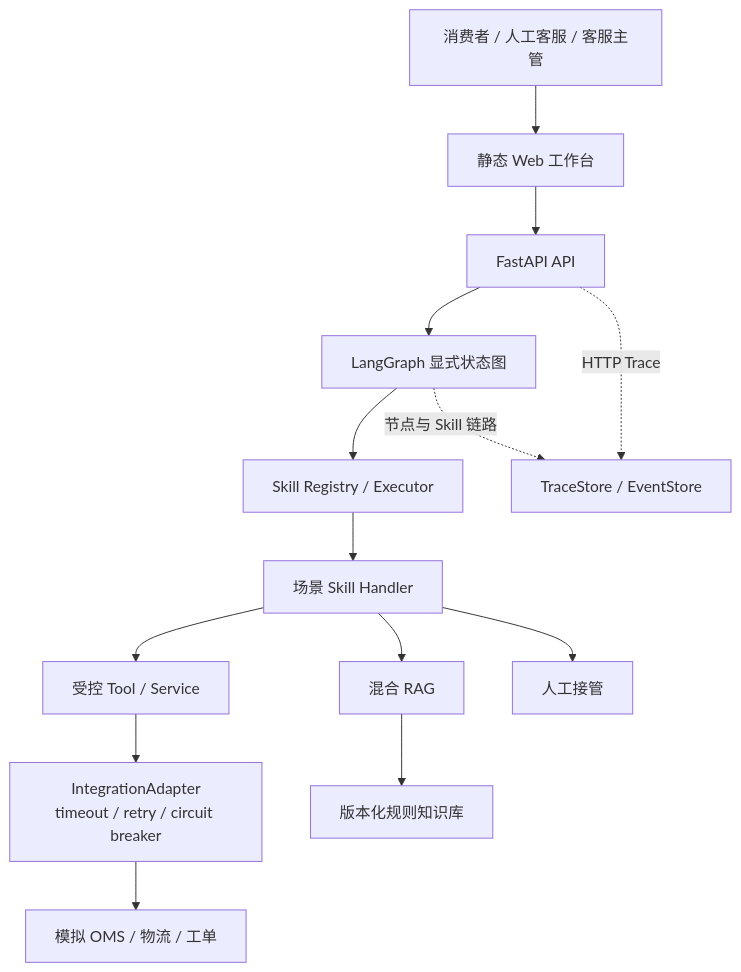
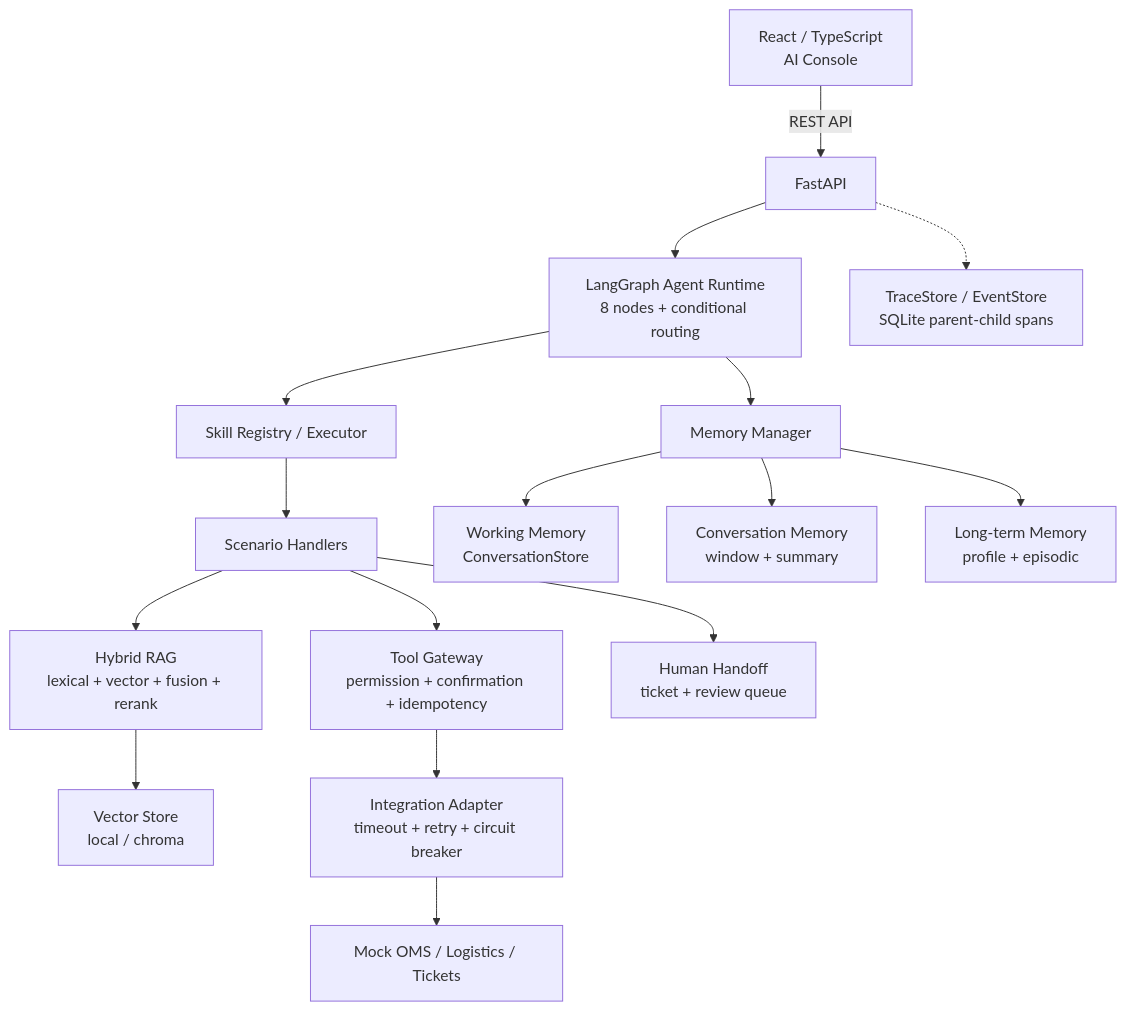
Before and after one commit to jonji886/ai-support-delivery: the diagram in README.md, drawn with Mermaid. The commit also changed other lines of this file and 55 other files, not shown here.

First line of the commit message:
Add multi-layer memory system, MCP server, vector store, React frontend and LLM provider

````diff
--- a/README.md
+++ b/README.md
@@ -81,16 +56,18 @@
 ```mermaid
 flowchart TB
-    U[消费者 / 人工客服 / 客服主管] --> W[静态 Web 工作台]
-    W --> API[FastAPI API]
-    API --> G[LangGraph 显式状态图]
-    G --> R[Skill Registry / Executor]
-    R --> E[场景 Skill Handler]
-    E --> T[受控 Tool / Service]
-    E --> K[混合 RAG]
-    E --> H[人工接管]
-    T --> IA[IntegrationAdapter<br/>timeout / retry / circuit breaker]
-    IA --> D[模拟 OMS / 物流 / 工单]
-    K --> P[版本化规则知识库]
-    API -. HTTP Trace .-> O[TraceStore / EventStore]
-    G -. 节点与 Skill 链路 .-> O
+    U[React / TypeScript<br/>AI Console] -->|REST API| API[FastAPI]
+    API --> G[LangGraph Agent Runtime<br/>8 nodes + conditional routing]
+    G --> S[Skill Registry / Executor]
+    S --> H[Scenario Handlers]
+    H --> T[Tool Gateway<br/>permission + confirmation + idempotency]
+    H --> RAG[Hybrid RAG<br/>lexical + vector + fusion + rerank]
+    H --> HANDOFF[Human Handoff<br/>ticket + review queue]
+    G --> MEM[Memory Manager]
+    MEM --> WM[Working Memory<br/>ConversationStore]
+    MEM --> CM[Conversation Memory<br/>window + summary]
+    MEM --> LTM[Long-term Memory<br/>profile + episodic]
+    RAG --> VS[Vector Store<br/>local / chroma]
+    T --> IA[Integration Adapter<br/>timeout + retry + circuit breaker]
+    IA --> OMS[Mock OMS / Logistics / Tickets]
+    API -.-> TRACE[TraceStore / EventStore<br/>SQLite parent-child spans]
 ```
````
